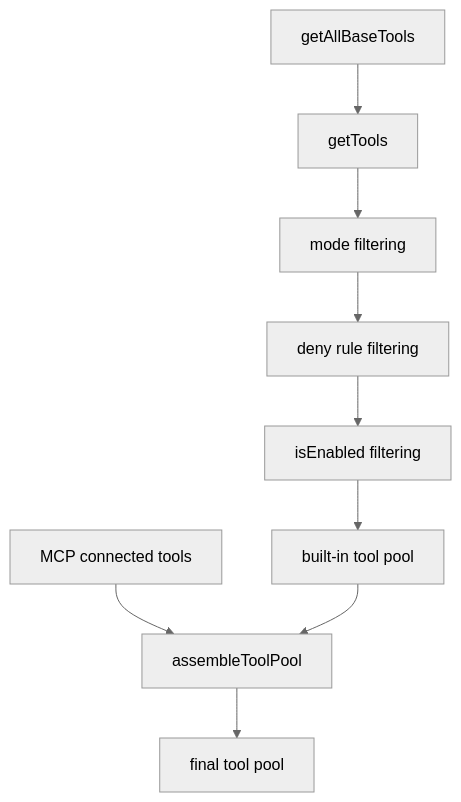
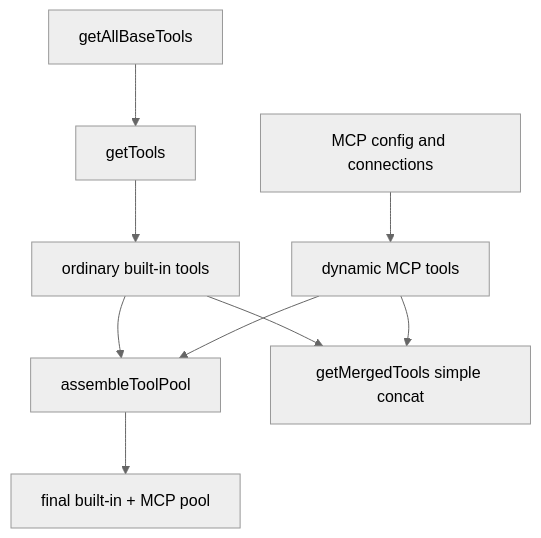
The first of 2 diagrams in MODULES/05-tools-mcp-skills-and-plugins/DEEP/README.md (Boulea7/ClaudeCode-Source-DeepDive), drawn with Mermaid (neutral theme) before and after one commit. The commit also changed other lines of this file and 5 other files, not shown here.

````diff
--- a/MODULES/05-tools-mcp-skills-and-plugins/DEEP/README.md
+++ b/MODULES/05-tools-mcp-skills-and-plugins/DEEP/README.md
@@ -152,11 +265,11 @@
 ```mermaid
 flowchart TD
     A[getAllBaseTools] --> B[getTools]
-    B --> C[mode filtering]
-    C --> D[deny rule filtering]
-    D --> E[isEnabled filtering]
-    E --> F[built-in tool pool]
-    G[MCP connected tools] --> H[assembleToolPool]
-    F --> H
-    H --> I[final tool pool]
+    B --> C[ordinary built-in tools]
+    D[MCP config and connections] --> E[dynamic MCP tools]
+    C --> F[assembleToolPool]
+    E --> F
+    F --> G[final built-in + MCP pool]
+    C --> H[getMergedTools simple concat]
+    E --> H
 ```
````
